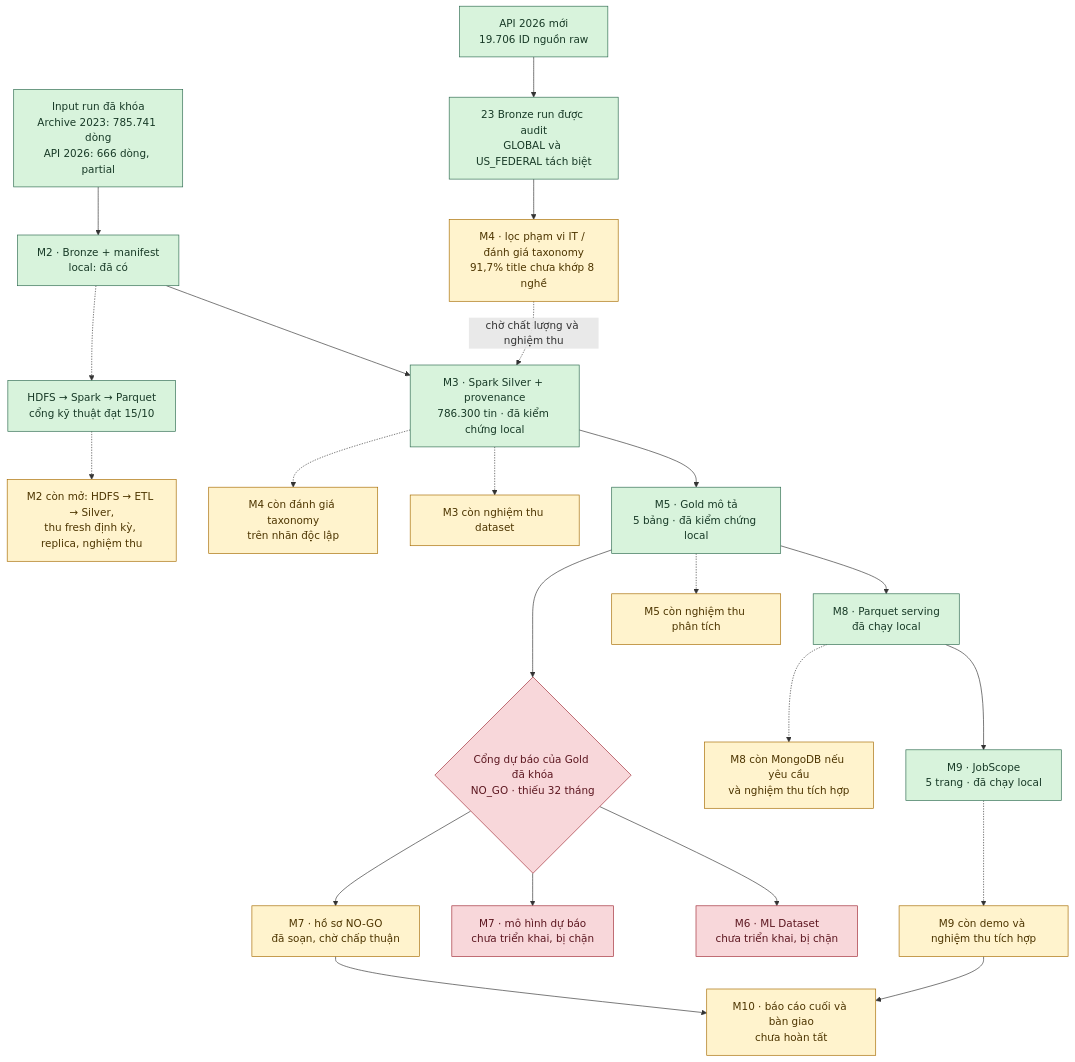
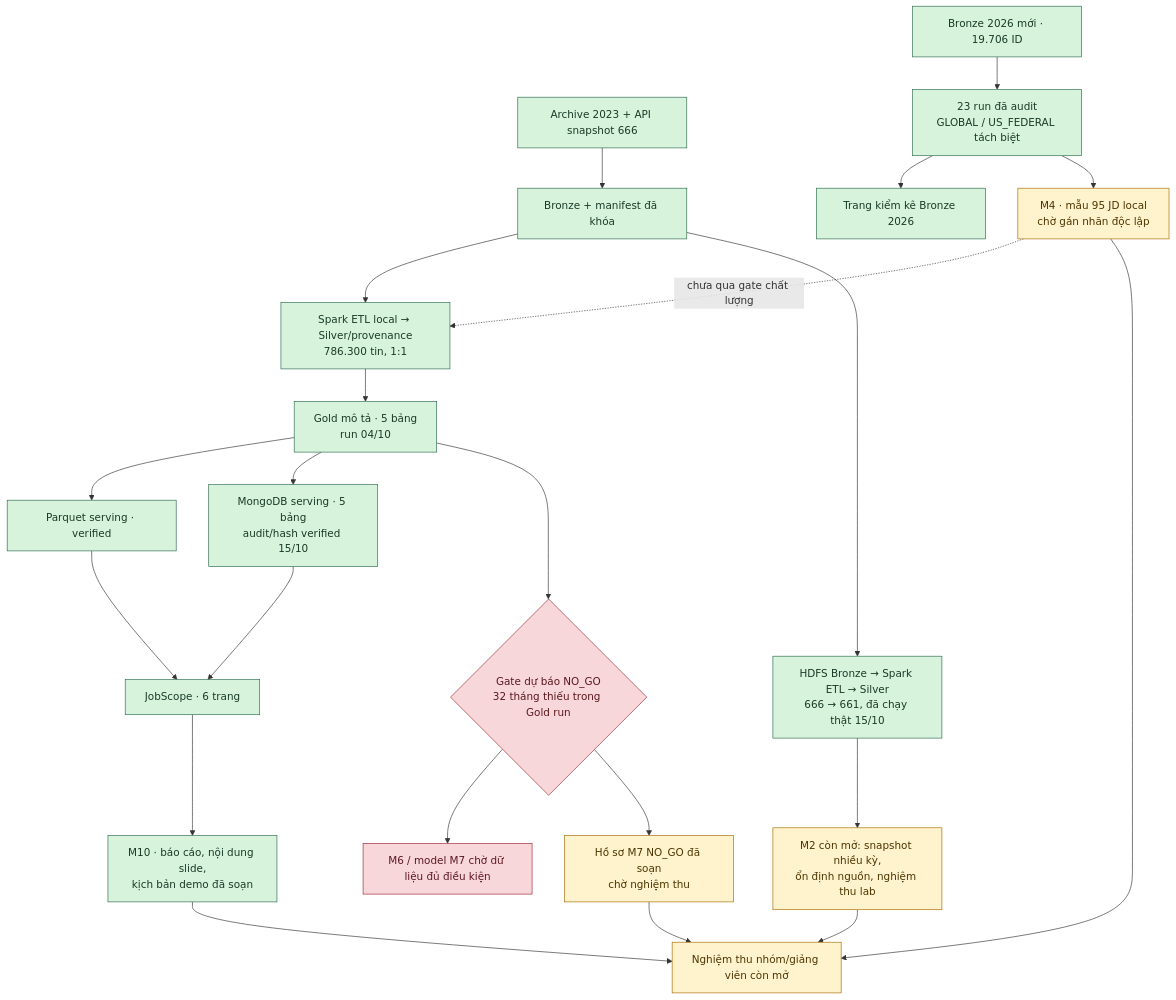
The diagram in docs/planning/PROJECT_PROGRESS_DIAGRAM_2026-10-15.md (klongnguyen/BigData-IT-Job-Skill-Analytics), drawn with Mermaid before and after one commit. The commit also changed other lines of this file and 19 other files, not shown here.

Commit message:
Complete descriptive pipeline handoff with HDFS ETL and Mongo serving

````diff
--- a/docs/planning/PROJECT_PROGRESS_DIAGRAM_2026-10-15.md
+++ b/docs/planning/PROJECT_PROGRESS_DIAGRAM_2026-10-15.md
@@ -5,35 +5,34 @@
 ```mermaid
 flowchart TB
-    A["Input run đã khóa<br/>Archive 2023: 785.741 dòng<br/>API 2026: 666 dòng, partial"] --> B["M2 · Bronze + manifest<br/>local: đã có"]
-    B --> C["M3 · Spark Silver + provenance<br/>786.300 tin · đã kiểm chứng local"]
-    C --> D["M5 · Gold mô tả<br/>5 bảng · đã kiểm chứng local"]
-    D --> E["M8 · Parquet serving<br/>đã chạy local"]
-    E --> F["M9 · JobScope<br/>5 trang · đã chạy local"]
+    A["Archive 2023 + API snapshot 666"] --> B["Bronze + manifest đã khóa"]
+    B --> C["Spark ETL local → Silver/provenance<br/>786.300 tin, 1:1"]
+    C --> D["Gold mô tả · 5 bảng<br/>run 04/10"]
+    D --> E["Parquet serving · verified"]
+    D --> M["MongoDB serving · 5 bảng<br/>audit/hash verified 15/10"]
+    E --> F["JobScope · 6 trang"]
+    M --> F
+    B --> H["HDFS Bronze → Spark ETL → Silver<br/>666 → 661, đã chạy thật 15/10"]
+    H --> H2["M2 còn mở: snapshot nhiều kỳ,<br/>ổn định nguồn, nghiệm thu lab"]
 
-    N["API 2026 mới<br/>19.706 ID nguồn raw"] --> N2["23 Bronze run được audit<br/>GLOBAL và US_FEDERAL tách biệt"]
-    N2 --> N3["M4 · lọc phạm vi IT / đánh giá taxonomy<br/>91,7% title chưa khớp 8 nghề"]
-    N3 -. "chờ chất lượng và nghiệm thu" .-> C
+    N["Bronze 2026 mới · 19.706 ID"] --> N2["23 run đã audit<br/>GLOBAL / US_FEDERAL tách biệt"]
+    N2 --> V["Trang kiểm kê Bronze 2026"]
+    N2 --> L["M4 · mẫu 95 JD local<br/>chờ gán nhãn độc lập"]
+    L -. "chưa qua gate chất lượng" .-> C
 
-    B -.-> H["HDFS → Spark → Parquet<br/>cổng kỹ thuật đạt 15/10"]
-    H -.-> H2["M2 còn mở: HDFS → ETL → Silver,<br/>thu fresh định kỳ, replica, nghiệm thu"]
-    C -.-> C2["M3 còn nghiệm thu dataset"]
-    C -.-> T["M4 còn đánh giá taxonomy<br/>trên nhãn độc lập"]
-    D -.-> D2["M5 còn nghiệm thu phân tích"]
-    E -.-> E2["M8 còn MongoDB nếu yêu cầu<br/>và nghiệm thu tích hợp"]
-    F -.-> F2["M9 còn demo và nghiệm thu tích hợp"]
+    D --> G{"Gate dự báo NO_GO<br/>32 tháng thiếu trong Gold run"}
+    G --> G1["M6 / model M7 chờ dữ liệu đủ điều kiện"]
+    G --> G2["Hồ sơ M7 NO_GO đã soạn<br/>chờ nghiệm thu"]
 
-    D --> G{"Cổng dự báo của Gold đã khóa<br/>NO_GO · thiếu 32 tháng"}
-    G --> G1["M6 · ML Dataset<br/>chưa triển khai, bị chặn"]
-    G --> G2["M7 · mô hình dự báo<br/>chưa triển khai, bị chặn"]
-    G --> G3["M7 · hồ sơ NO-GO<br/>đã soạn, chờ chấp thuận"]
+    F --> Z["M10 · báo cáo, nội dung slide,<br/>kịch bản demo đã soạn"]
+    H2 --> Z2["Nghiệm thu nhóm/giảng viên còn mở"]
+    G2 --> Z2
+    L --> Z2
+    Z --> Z2
 
-    F2 --> Z["M10 · báo cáo cuối và bàn giao<br/>chưa hoàn tất"]
-    G3 --> Z
-
-    classDef verified fill:#d8f3dc,stroke:#2d6a4f,color:#183a27;
+    classDef done fill:#d8f3dc,stroke:#2d6a4f,color:#183a27;
     classDef pending fill:#fff3cd,stroke:#a66b00,color:#4d3500;
     classDef blocked fill:#f8d7da,stroke:#a02a35,color:#5c1720;
-    class A,B,C,D,E,F,H,N,N2 verified;
-    class H2,C2,T,D2,E2,F2,G3,Z,N3 pending;
-    class G,G1,G2 blocked;
+    class A,B,C,D,E,F,H,M,N,N2,V,Z done;
+    class H2,L,G2,Z2 pending;
+    class G,G1 blocked;
 ```
````
